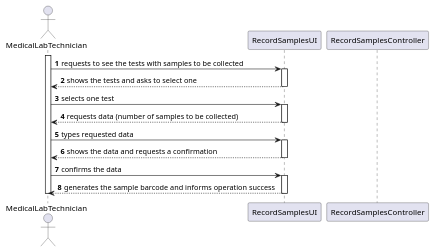
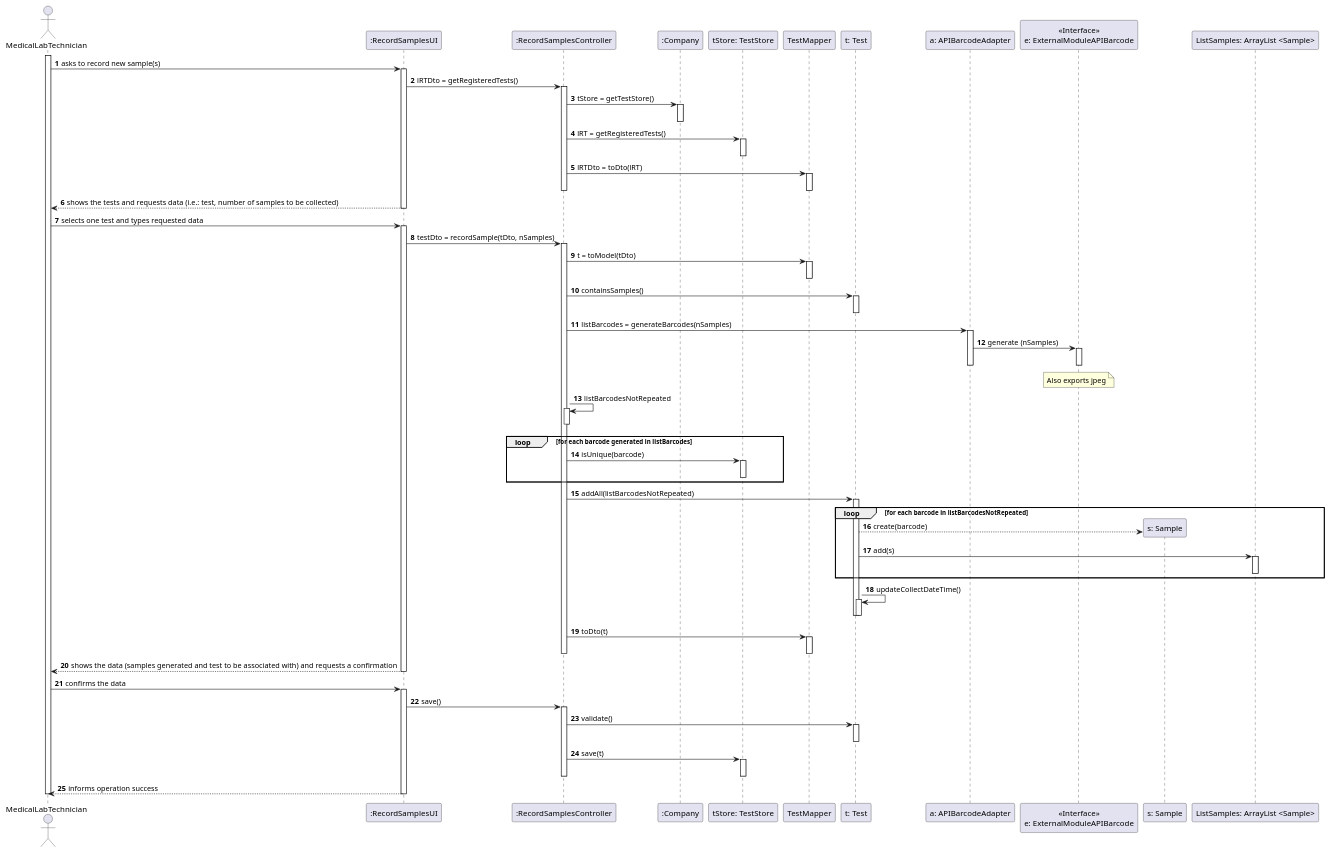
Before and after one commit to 0franciscor/lei-21-s2-1de-g19: the diagram in docs/SprintC/US05/US05-SD.puml, drawn with PlantUML. The commit also changed 1 other file, not shown here.

```diff
--- a/docs/SprintC/US05/US05-SD.puml
+++ b/docs/SprintC/US05/US05-SD.puml
@@ -1,33 +1,95 @@
 @startuml
 'https://plantuml.com/sequence-diagram
 
 autonumber
 
 actor MedicalLabTechnician as MLT
-participant RecordSamplesUI as RSUI
-participant RecordSamplesController as RSC
+participant ":RecordSamplesUI" as RSUI
+participant ":RecordSamplesController" as RSC
+participant ":Company" as COMP
+participant "tStore: TestStore" as TS
+participant "TestMapper" as TM
+participant "t: Test" as T
+participant "a: APIBarcodeAdapter" as APIBA
+participant "<<Interface>>\ne: ExternalModuleAPIBarcode" as EMAPIB
+participant "s: Sample" as S
+participant "ListSamples: ArrayList <Sample>" as LS
 
 activate MLT
-MLT -> RSUI : requests to see the tests with samples to be collected
+MLT -> RSUI : asks to record new sample(s)
 activate RSUI
-RSUI --> MLT : shows the tests and asks to select one
+RSUI -> RSC : lRTDto = getRegisteredTests()
+activate RSC
+RSC -> COMP : tStore = getTestStore()
+activate COMP
+deactivate COMP
+RSC -> TS : lRT = getRegisteredTests()
+activate TS
+deactivate TS
+RSC -> TM : lRTDto = toDto(lRT)
+activate TM
+deactivate TM
+deactivate RSC
+RSUI --> MLT : shows the tests and requests data (i.e.: test, number of samples to be collected)
 deactivate RSUI
-MLT -> RSUI : selects one test
+
+MLT -> RSUI : selects one test and types requested data
 activate RSUI
-RSUI --> MLT : requests data (number of samples to be collected)
+RSUI -> RSC : testDto = recordSample(tDto, nSamples)
+activate RSC
+RSC -> TM : t = toModel(tDto)
+activate TM
+deactivate TM
+RSC -> T : containsSamples()
+activate T
+deactivate T
+RSC -> APIBA : listBarcodes = generateBarcodes(nSamples)
+activate APIBA
+APIBA -> EMAPIB : generate (nSamples)
+activate EMAPIB
+deactivate EMAPIB
+note over EMAPIB : Also exports jpeg
+deactivate APIBA
+RSC -> RSC : listBarcodesNotRepeated
+activate RSC
+deactivate RSC
+loop for each barcode generated in listBarcodes
+RSC -> TS : isUnique(barcode)
+activate TS
+deactivate TS
+end
+RSC -> T : addAll(listBarcodesNotRepeated)
+activate T
+loop for each barcode in listBarcodesNotRepeated
+T --> S** : create(barcode)
+T -> LS : add(s)
+activate LS
+deactivate LS
+end
+T -> T : updateCollectDateTime()
+activate T
+deactivate T
+deactivate T
+RSC -> TM : toDto(t)
+activate TM
+deactivate TM
+deactivate RSC
+RSUI --> MLT : shows the data (samples generated and test to be associated with) and requests a confirmation
 deactivate RSUI
-MLT -> RSUI : types requested data
-activate RSUI
-RSUI --> MLT : shows the data and requests a confirmation
-deactivate RSUI
+
 MLT -> RSUI : confirms the data
 activate RSUI
-RSUI --> MLT : generates the sample barcode and informs operation success
+RSUI -> RSC : save()
+activate RSC
+RSC -> T : validate()
+activate T
+deactivate T
+RSC -> TS : save(t)
+activate TS
+deactivate TS
+deactivate RSC
+RSUI --> MLT : informs operation success
 deactivate RSUI
 
 deactivate MLT
-
-
-
-
 @enduml
```
